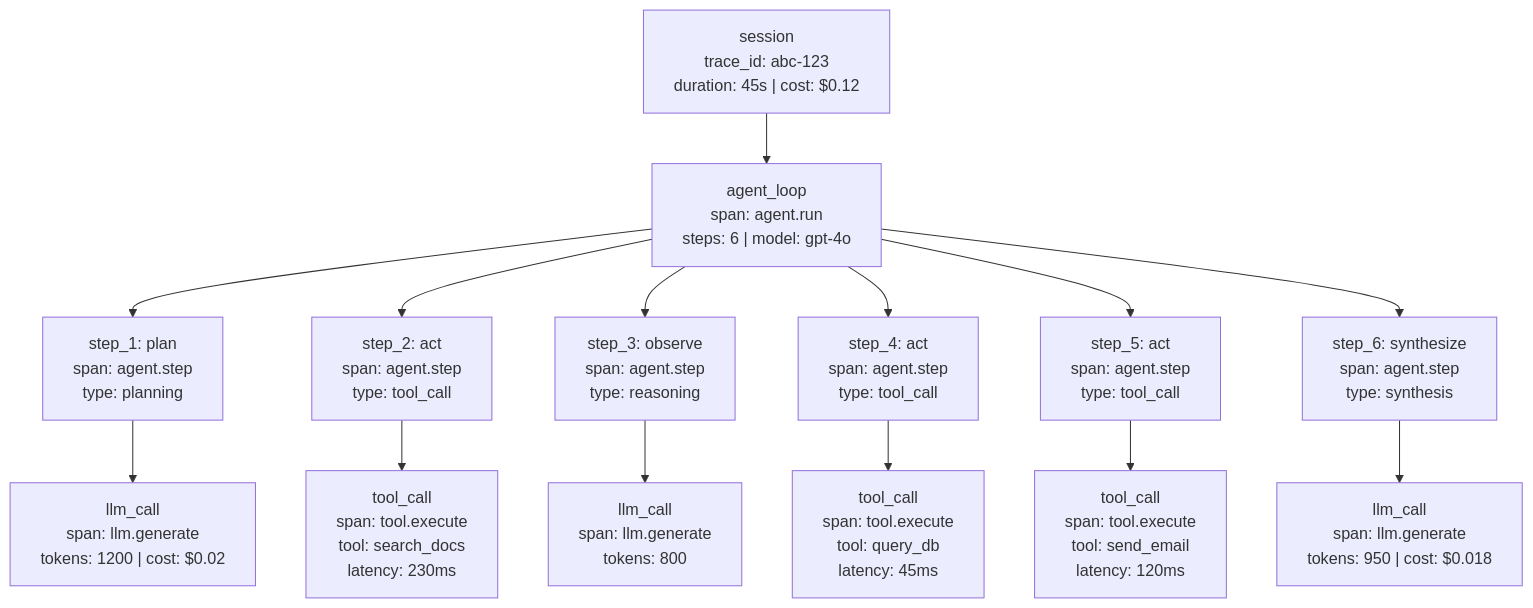
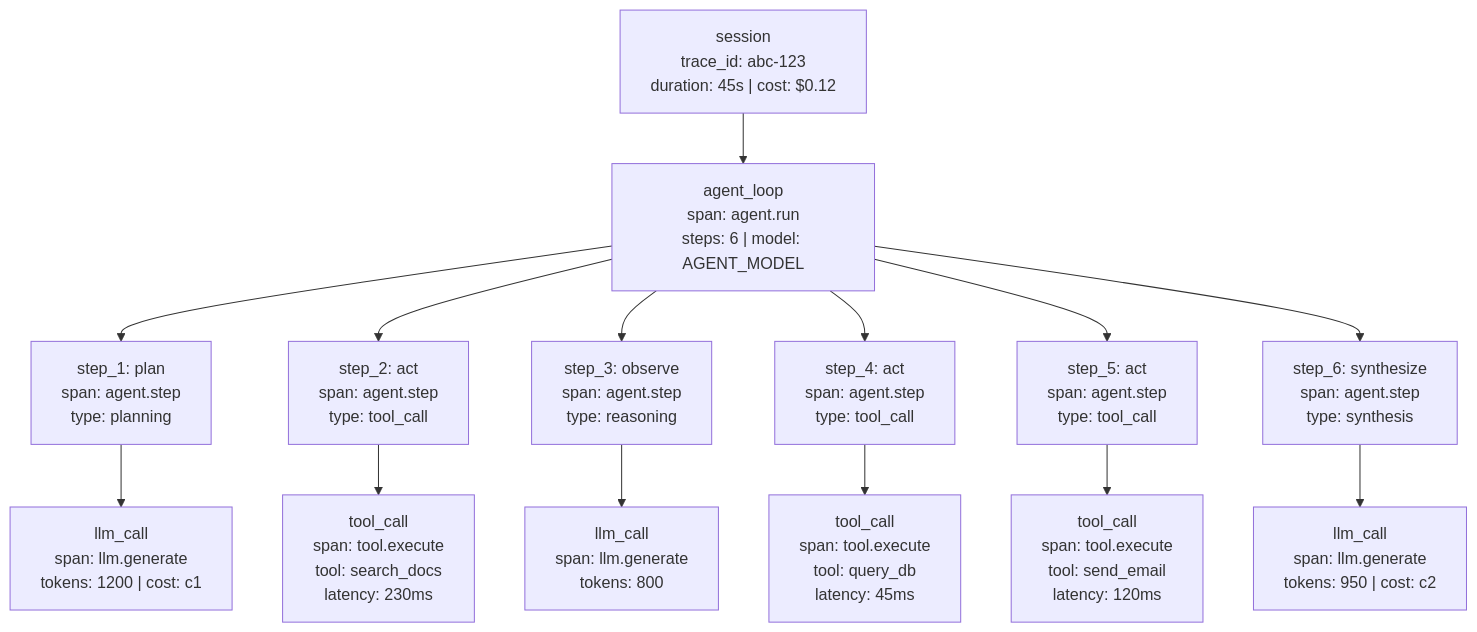
The second of 4 diagrams in docs/architecture-design/production-issues-and-debugging.md (spawn08/agentic-ai-interview-kit), drawn with Mermaid before and after one commit. The commit also changed other lines of this file and 150 other files, not shown here.

````diff
--- a/docs/architecture-design/production-issues-and-debugging.md
+++ b/docs/architecture-design/production-issues-and-debugging.md
@@ -712,31 +713,31 @@
 ```mermaid
 graph TD
     A["session<br/>trace_id: abc-123<br/>duration: 45s | cost: $0.12"]
-    B["agent_loop<br/>span: agent.run<br/>steps: 6 | model: gpt-4o"]
+    B["agent_loop<br/>span: agent.run<br/>steps: 6 | model: AGENT_MODEL"]
     C["step_1: plan<br/>span: agent.step<br/>type: planning"]
     D["step_2: act<br/>span: agent.step<br/>type: tool_call"]
     E["step_3: observe<br/>span: agent.step<br/>type: reasoning"]
     F["step_4: act<br/>span: agent.step<br/>type: tool_call"]
     G["step_5: act<br/>span: agent.step<br/>type: tool_call"]
     H["step_6: synthesize<br/>span: agent.step<br/>type: synthesis"]
-    I["llm_call<br/>span: llm.generate<br/>tokens: 1200 | cost: $0.02"]
+    I["llm_call<br/>span: llm.generate<br/>tokens: 1200 | cost: c1"]
     J["tool_call<br/>span: tool.execute<br/>tool: search_docs<br/>latency: 230ms"]
     K["llm_call<br/>span: llm.generate<br/>tokens: 800"]
     L["tool_call<br/>span: tool.execute<br/>tool: query_db<br/>latency: 45ms"]
     M["tool_call<br/>span: tool.execute<br/>tool: send_email<br/>latency: 120ms"]
-    N["llm_call<br/>span: llm.generate<br/>tokens: 950 | cost: $0.018"]
+    N["llm_call<br/>span: llm.generate<br/>tokens: 950 | cost: c2"]
 
     A --> B
     B --> C
     B --> D
     B --> E
     B --> F
     B --> G
     B --> H
     C --> I
     D --> J
     E --> K
     F --> L
     G --> M
     H --> N
 ```
````
